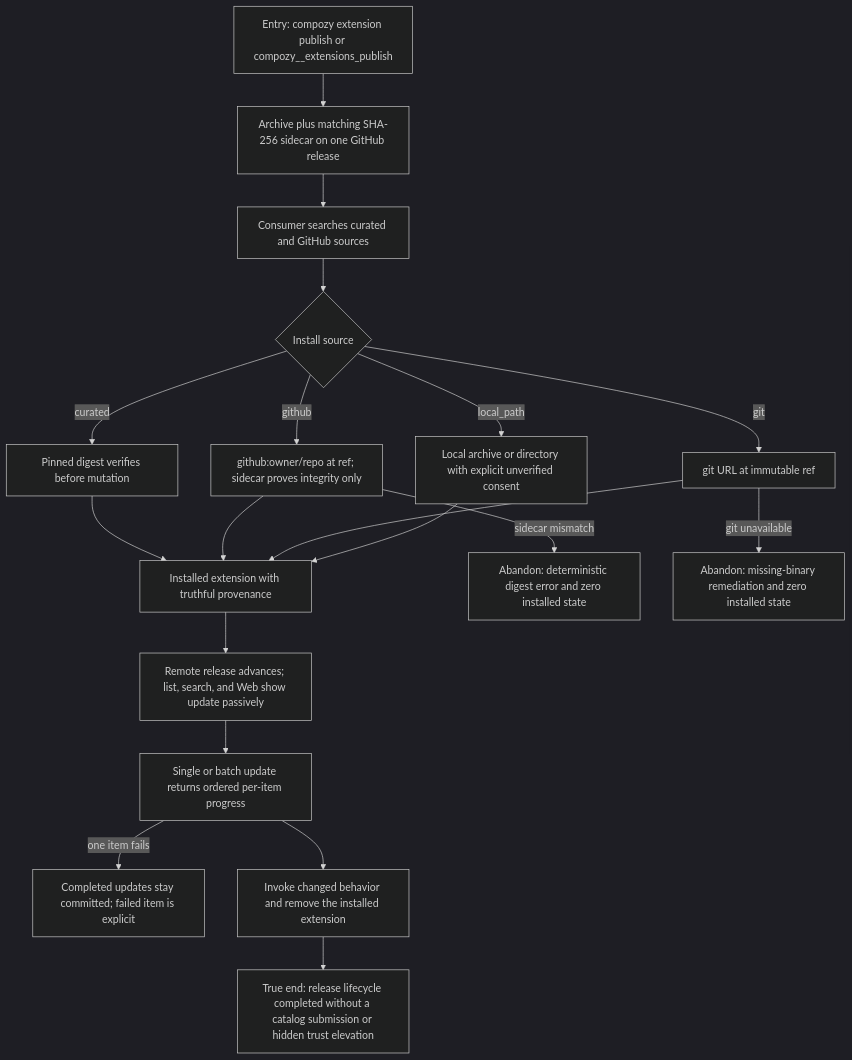
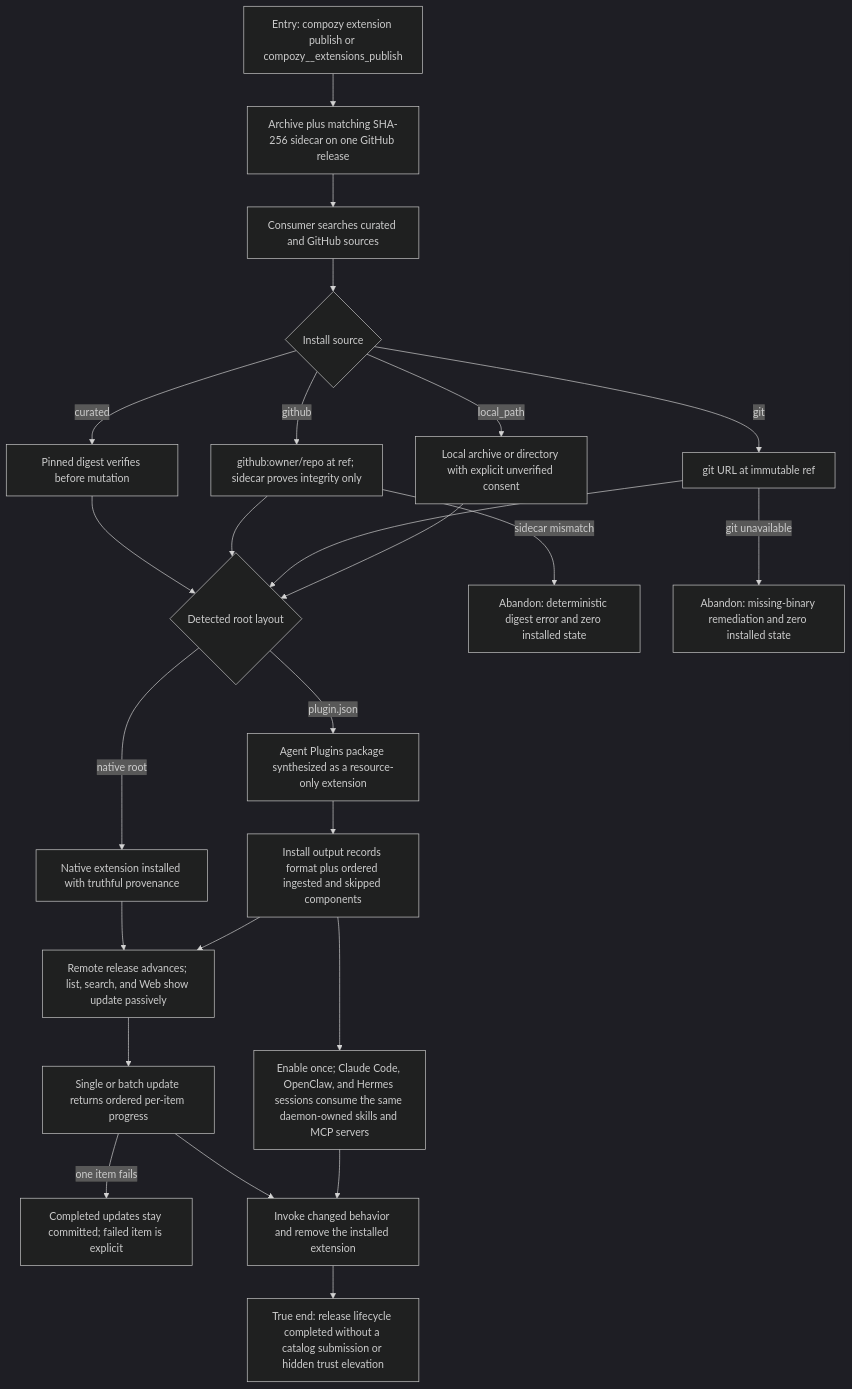
The diagram in docs/qa/journeys/J-extension-distribution.md (compozy/compozy), drawn with Mermaid (dark theme) before and after one commit. The commit also changed other lines of this file and 21 other files, not shown here.

Commit message:
docs: plan agent plugin QA

````diff
--- a/docs/qa/journeys/J-extension-distribution.md
+++ b/docs/qa/journeys/J-extension-distribution.md
@@ -7,21 +7,27 @@
 ```mermaid
 flowchart TD
   A[Entry: compozy extension publish or compozy__extensions_publish] --> B[Archive plus matching SHA-256 sidecar on one GitHub release]
   B --> C[Consumer searches curated and GitHub sources]
   C --> D{Install source}
   D -->|curated| D1[Pinned digest verifies before mutation]
   D -->|github| D2[github:owner/repo at ref; sidecar proves integrity only]
   D -->|git| D3[git URL at immutable ref]
   D -->|local_path| D4[Local archive or directory with explicit unverified consent]
-  D1 --> E[Installed extension with truthful provenance]
+  D1 --> E{Detected root layout}
   D2 --> E
   D3 --> E
   D4 --> E
+  E -->|native root| E1[Native extension installed with truthful provenance]
+  E -->|plugin.json| E2[Agent Plugins package synthesized as a resource-only extension]
+  E2 --> E3[Install output records format plus ordered ingested and skipped components]
   D2 -->|sidecar mismatch| X1[Abandon: deterministic digest error and zero installed state]
   D3 -->|git unavailable| X2[Abandon: missing-binary remediation and zero installed state]
-  E --> F[Remote release advances; list, search, and Web show update passively]
+  E1 --> F[Remote release advances; list, search, and Web show update passively]
+  E3 --> F
   F --> G[Single or batch update returns ordered per-item progress]
   G -->|one item fails| G1[Completed updates stay committed; failed item is explicit]
   G --> H[Invoke changed behavior and remove the installed extension]
+  E3 --> P[Enable once; Claude Code, OpenClaw, and Hermes sessions consume the same daemon-owned skills and MCP servers]
+  P --> H
   H --> Z[True end: release lifecycle completed without a catalog submission or hidden trust elevation]
 ```
````
